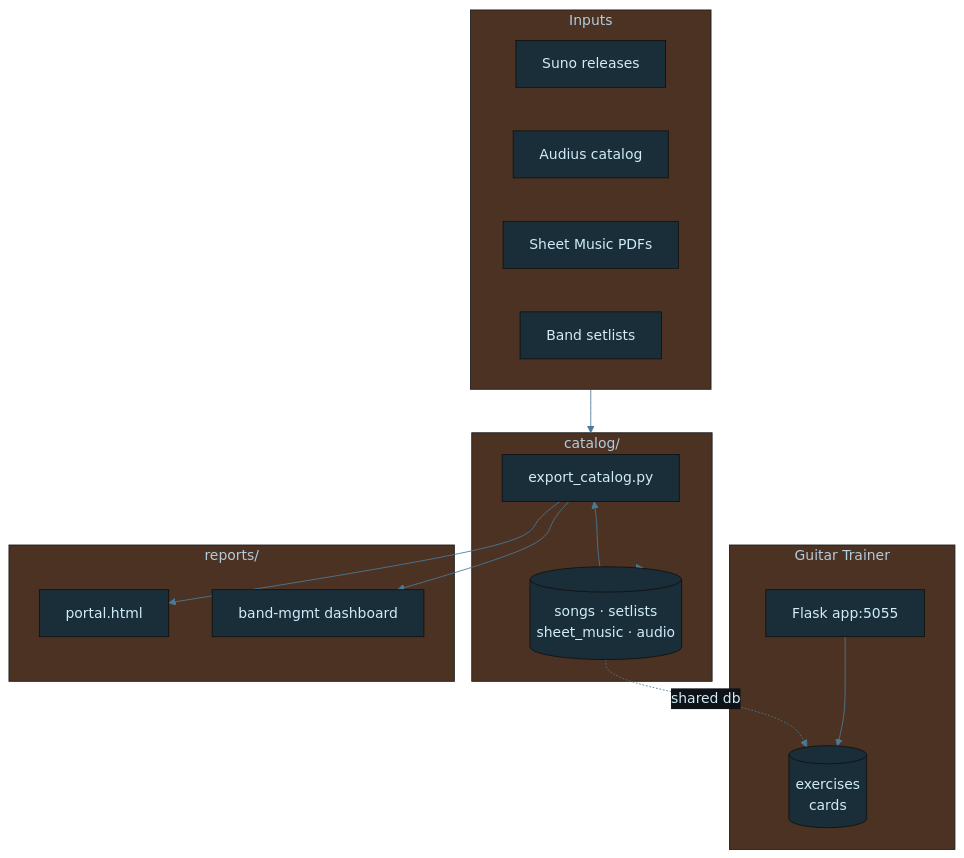
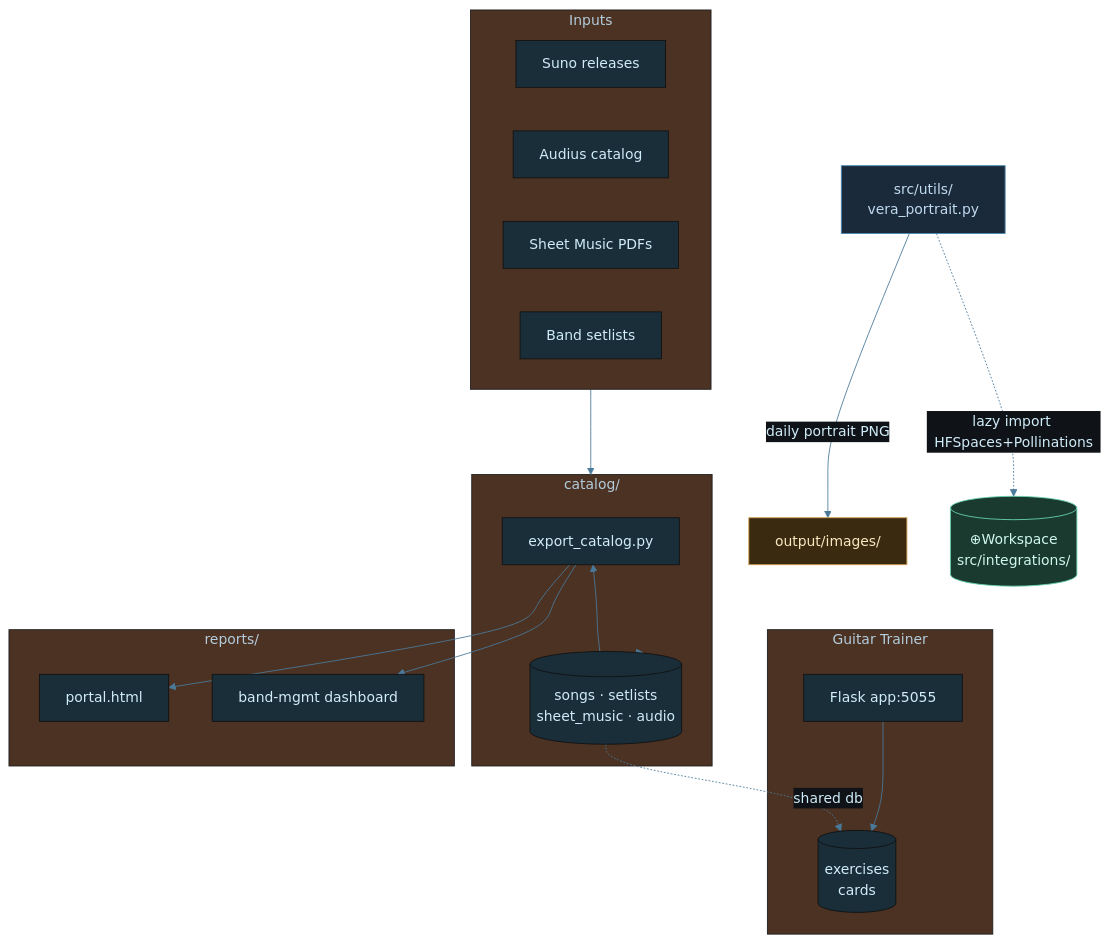
One commit to tylerdrakemusic/-Workspace changed the diagram in diagrams/music-architecture.mmd. Above: the diagram before and after it, drawn with Mermaid. The commit also changed 5 other files, not shown here.

First line of the commit message:
chore: nit fixes + diagram updates [FR-20260525-image-cascade-restore]

```diff
--- a/diagrams/music-architecture.mmd
+++ b/diagrams/music-architecture.mmd
@@ -1,39 +1,49 @@
 %%{init: {'theme': 'base', 'themeVariables': {'primaryColor': '#1a2e3a', 'primaryTextColor': '#d0ecf8', 'edgeLabelBackground': '#0f1318', 'lineColor': '#4a7a9a'}}}%%
 graph TB
     subgraph Inputs
         Suno[Suno releases]
         Audius[Audius catalog]
         SheetMusic[Sheet Music PDFs]
         Setlists[Band setlists]
     end
     subgraph Catalog["catalog/"]
         Export[export_catalog.py]
         Songs[(songs · setlists<br/>sheet_music · audio)]
     end
     subgraph Trainer["Guitar Trainer"]
         TrainerApp[Flask app:5055]
         TrainerDB[(exercises<br/>cards)]
     end
     subgraph Reports["reports/"]
         Portal[portal.html]
         Dash[band-mgmt dashboard]
     end
     Inputs --> Catalog
     Catalog --> Songs
     Songs --> Export
     Export --> Portal
     Export --> Dash
     TrainerApp --> TrainerDB
     Songs -.shared db.-> TrainerDB
+    ImagesOut[output/images/]
+    WSIntegrations[(⊕Workspace<br/>src/integrations/)]
+    VeraPortrait[src/utils/<br/>vera_portrait.py]
+    VeraPortrait -->|daily portrait PNG| ImagesOut
+    VeraPortrait -.->|lazy import HFSpaces+Pollinations| WSIntegrations
     class Inputs,Reports io
     class Catalog,Trainer core
+    class VeraPortrait util
+    class ImagesOut out
+    class WSIntegrations ws
 
 classDef life     fill:#1a2e3a,stroke:#6ab4d4,color:#d0ecf8
 classDef music    fill:#3a1a24,stroke:#d47a8f,color:#f8d0dc
 classDef quantum  fill:#251a3a,stroke:#a07adf,color:#e8d0f8
 classDef manifest fill:#3a2e1a,stroke:#d4a96a,color:#f8ead0
 classDef ws       fill:#1a3a30,stroke:#6ad4b4,color:#d0f8ee
 classDef tyler    fill:#2a1a3a,stroke:#9e4aff,color:#fff
 classDef ext      fill:#3a2020,stroke:#ff7a7a,color:#ffd0d0
 classDef db       fill:#3a3010,stroke:#d4c050,color:#f8f0c0
 classDef state    fill:#1a1a1a,stroke:#888888,color:#cccccc
+classDef util     fill:#1a2a3a,stroke:#4a8ab4,color:#c0daf0
+classDef out      fill:#3a2a10,stroke:#d4a050,color:#f8e8c0
```
